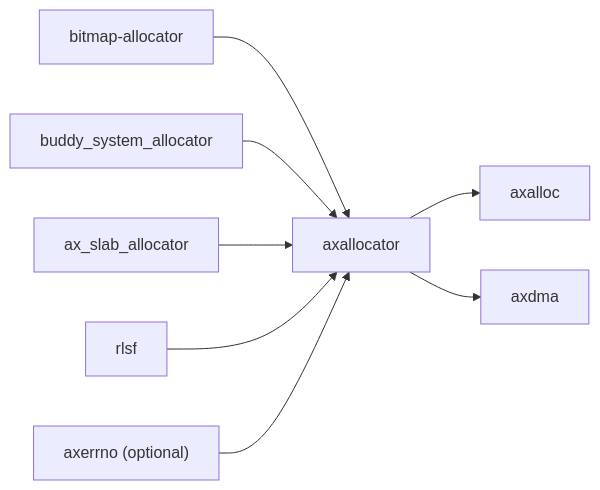
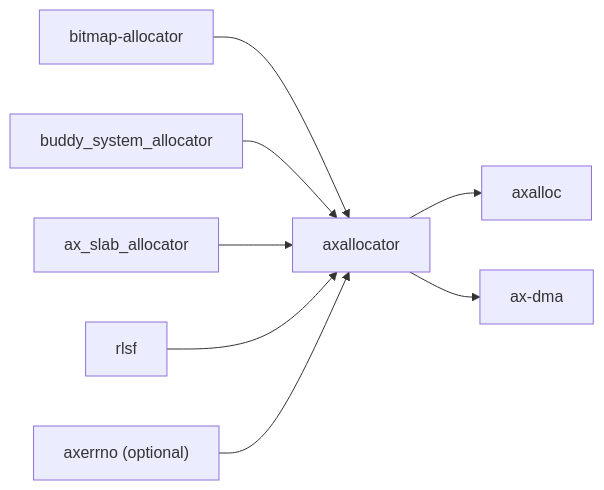
One commit to zKurisu/tgoskits changed the diagram in docs/crates/axallocator.md. Above: the diagram before and after it, drawn with Mermaid. The commit also changed other lines of this file and 31 other files, not shown here.

Commit message:
rename axdma to ax-dma

````diff
--- a/docs/crates/axallocator.md
+++ b/docs/crates/axallocator.md
@@ -70,11 +70,11 @@
 ```mermaid
 graph LR
     bitmap["bitmap-allocator"] --> axallocator["axallocator"]
     buddy["buddy_system_allocator"] --> axallocator
     slab["ax_slab_allocator"] --> axallocator
     tlsf["rlsf"] --> axallocator
     axerrno["axerrno (optional)"] --> axallocator
 
     axallocator --> axalloc["axalloc"]
-    axallocator --> axdma["axdma"]
+    axallocator --> ax_dma["ax-dma"]
 ```
````
